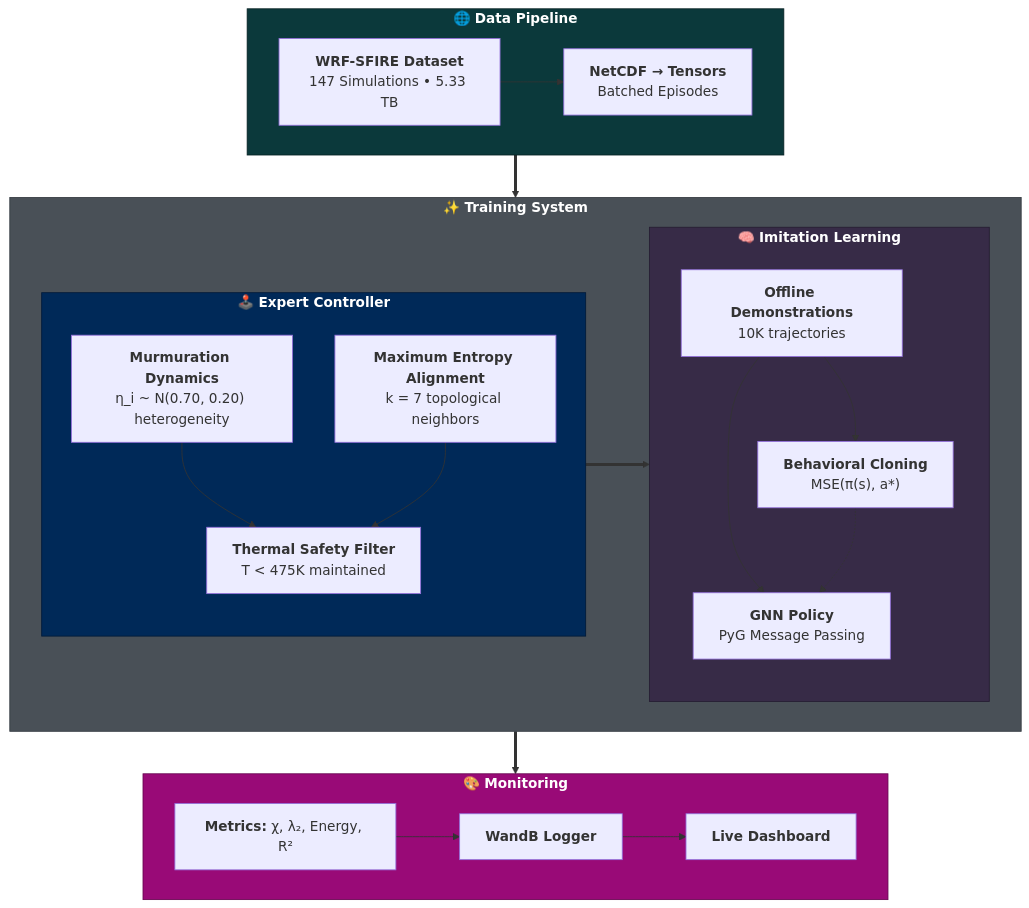
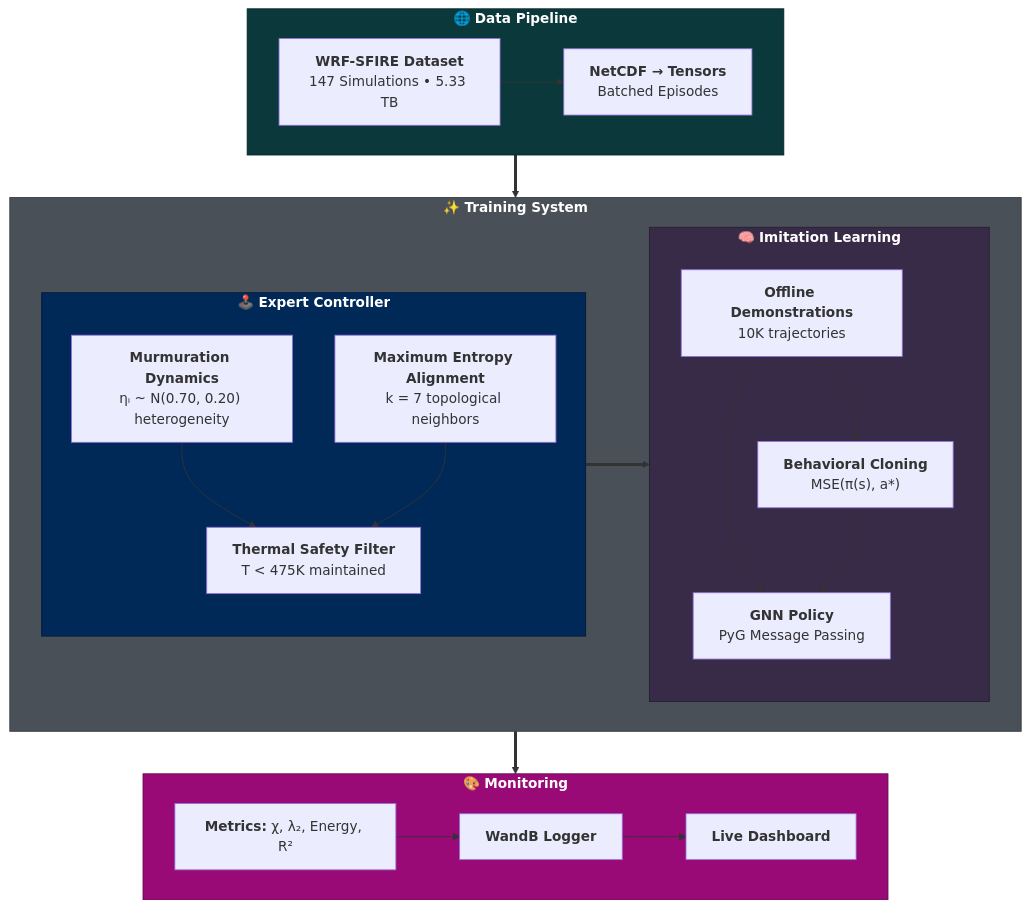
The diagram in README.md (Jybbs/Thermur), drawn with Mermaid before and after one commit. The commit also changed other lines of this file, not shown here.

````diff
--- a/README.md
+++ b/README.md
@@ -74,48 +74,48 @@
 ```mermaid
 flowchart TB
     subgraph Data["🌐 <b>Data Pipeline</b>"]
         A["<b>WRF-SFIRE Dataset</b><br/>147 Simulations • 5.33 TB"]
         B["<b>NetCDF → Tensors</b><br/>Batched Episodes"]
         A --> B
     end
 
     subgraph Training["✨ <b>Training System</b>"]
         subgraph Expert["🕹️ <b>Expert Controller</b>"]
             direction TB
-            C["<b>Murmuration Dynamics</b><br/>η_i ~ N(0.70, 0.20) heterogeneity"]
+            C["<b>Murmuration Dynamics</b><br/>ηᵢ ~ N(0.70, 0.20) heterogeneity"]
             D["<b>Maximum Entropy Alignment</b><br/>k = 7 topological neighbors"]
             E["<b>Thermal Safety Filter</b><br/>T < 475K maintained"]
             C --> E
             D --> E
         end
 
         subgraph Learning["🧠 <b>Imitation Learning</b>"]
             direction TB
             F["<b>Offline Demonstrations</b><br/>10K trajectories"]
             G["<b>GNN Policy</b><br/>PyG Message Passing"]
             H["<b>Behavioral Cloning</b><br/>MSE(π(s), a*)"]
             F --> G
             F --> H
         end
 
         E ==> F
         H -.-> G
     end
 
     subgraph Monitor["🎨 <b>Monitoring</b>"]
         I["<b>Metrics:</b> χ, λ₂, Energy, R²"]
         J["<b>WandB Logger</b>"]
         K["<b>Live Dashboard</b>"]
         I --> J
         J --> K
     end
 
     Data ==> Training
     Training ==> Monitor
 
     style Data fill:#0b393b,stroke:#052123,color:#fff
     style Training fill:#495057,stroke:#343a40,color:#fff
     style Expert fill:#002958,stroke:#001a39,color:#fff
     style Learning fill:#372B47,stroke:#251d32,color:#fff
     style Monitor fill:#990a77,stroke:#660550,color:#fff
 ```
````
